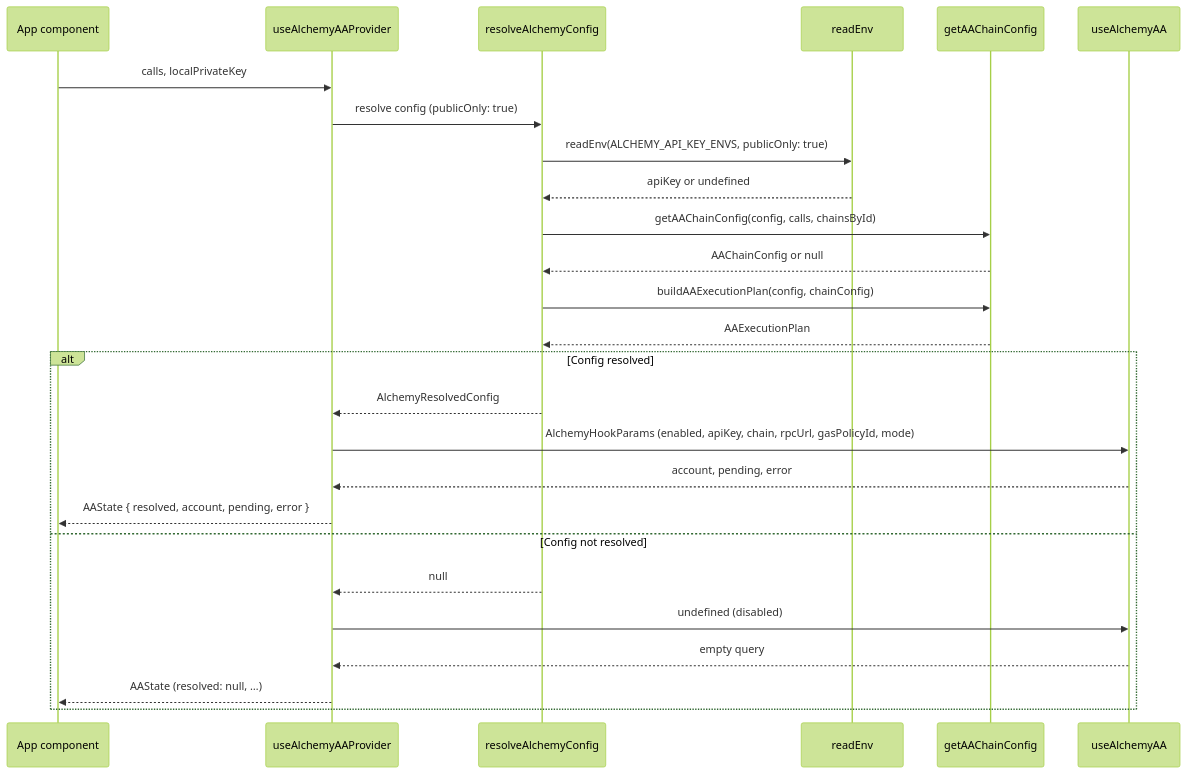
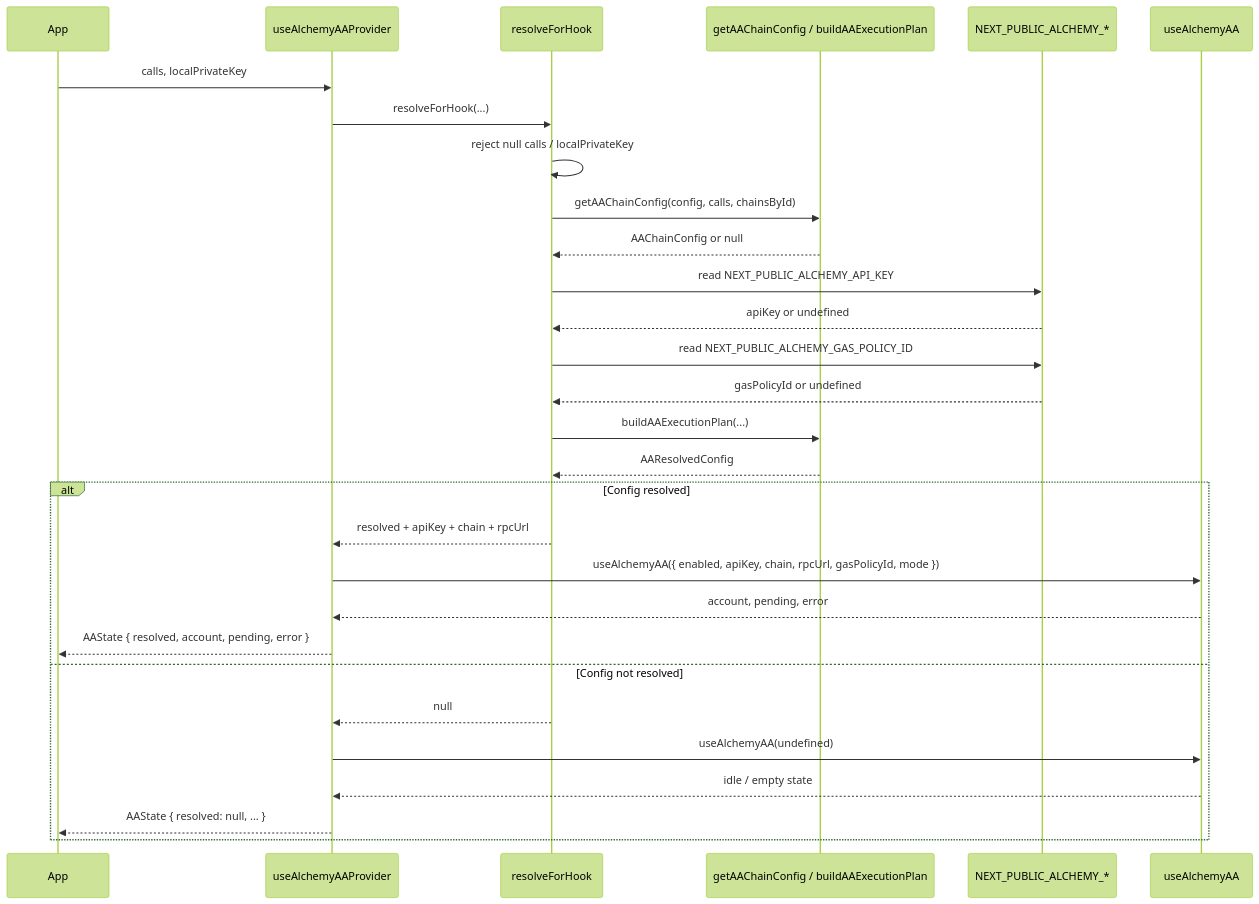
One commit to aomi-labs/aomi-widget changed the fourth of 10 diagrams in specs/AA-ARCH.md. Above: the diagram before and after it, drawn with Mermaid (forest theme). The commit also changed other lines of this file and 43 other files, not shown here.

````diff
--- a/specs/AA-ARCH.md
+++ b/specs/AA-ARCH.md
@@ -165,31 +288,33 @@
 ```mermaid
 sequenceDiagram
-    participant App as App component
+    participant App as App
     participant Hook as useAlchemyAAProvider
-    participant Resolve as resolveAlchemyConfig
-    participant Env as readEnv
-    participant Types as getAAChainConfig
+    participant Resolve as resolveForHook
+    participant Types as getAAChainConfig / buildAAExecutionPlan
+    participant Env as NEXT_PUBLIC_ALCHEMY_*
     participant UserHook as useAlchemyAA
 
     App->>Hook: calls, localPrivateKey
-
-    Hook->>Resolve: resolve config (publicOnly: true)
-    Resolve->>Env: readEnv(ALCHEMY_API_KEY_ENVS, publicOnly: true)
-    Env-->>Resolve: apiKey or undefined
+    Hook->>Resolve: resolveForHook(...)
+    Resolve->>Resolve: reject null calls / localPrivateKey
     Resolve->>Types: getAAChainConfig(config, calls, chainsById)
     Types-->>Resolve: AAChainConfig or null
-    Resolve->>Types: buildAAExecutionPlan(config, chainConfig)
-    Types-->>Resolve: AAExecutionPlan
+    Resolve->>Env: read NEXT_PUBLIC_ALCHEMY_API_KEY
+    Env-->>Resolve: apiKey or undefined
+    Resolve->>Env: read NEXT_PUBLIC_ALCHEMY_GAS_POLICY_ID
+    Env-->>Resolve: gasPolicyId or undefined
+    Resolve->>Types: buildAAExecutionPlan(...)
+    Types-->>Resolve: AAResolvedConfig
 
     alt Config resolved
-        Resolve-->>Hook: AlchemyResolvedConfig
-        Hook->>UserHook: AlchemyHookParams (enabled, apiKey, chain, rpcUrl, gasPolicyId, mode)
+        Resolve-->>Hook: resolved + apiKey + chain + rpcUrl
+        Hook->>UserHook: useAlchemyAA({ enabled, apiKey, chain, rpcUrl, gasPolicyId, mode })
         UserHook-->>Hook: account, pending, error
         Hook-->>App: AAState { resolved, account, pending, error }
     else Config not resolved
         Resolve-->>Hook: null
-        Hook->>UserHook: undefined (disabled)
-        UserHook-->>Hook: empty query
-        Hook-->>App: AAState (resolved: null, …)
+        Hook->>UserHook: useAlchemyAA(undefined)
+        UserHook-->>Hook: idle / empty state
+        Hook-->>App: AAState { resolved: null, ... }
     end
 ```
````
